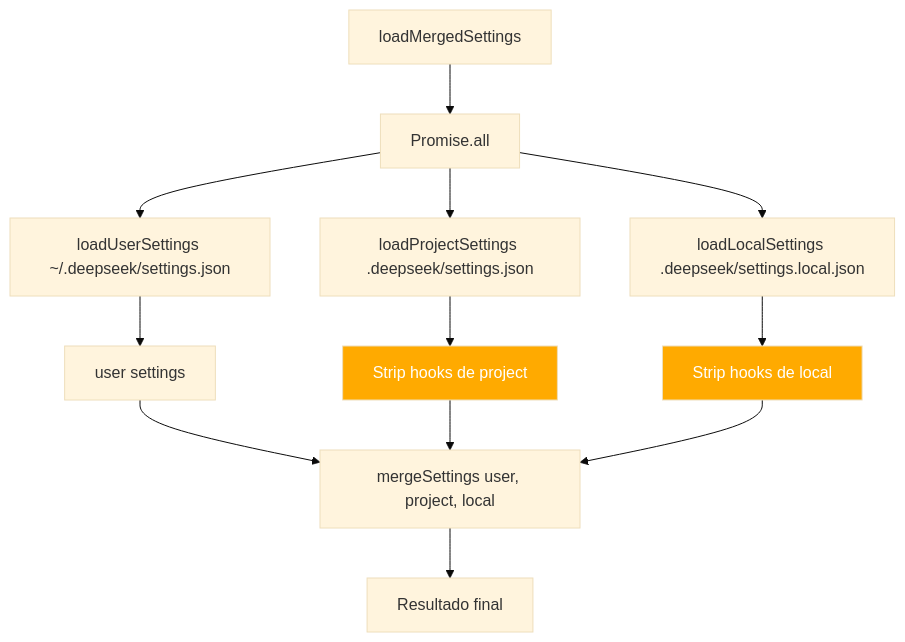
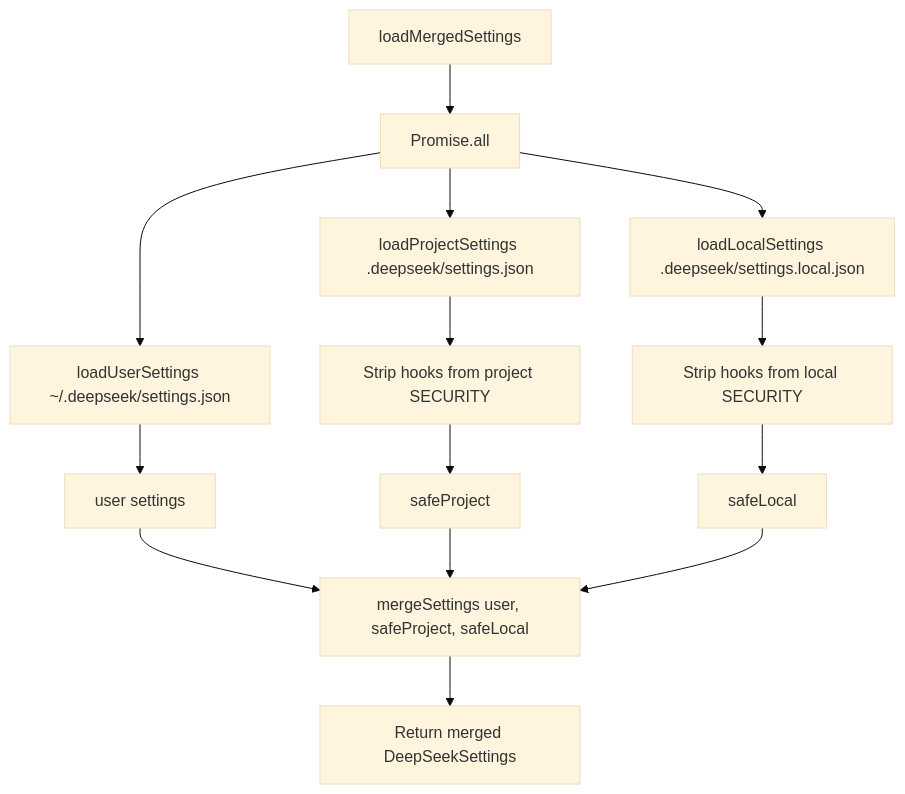
The first of 3 diagrams in _reversa_sdd/flowcharts/settings.md (Hermenics/deepseek-code), drawn with Mermaid (base theme) before and after one commit. The commit also changed other lines of this file and 75 other files, not shown here.

First line of the commit message:
docs(sdd): translate ADRs and architecture docs to English, reorganize proxy module

````diff
--- a/_reversa_sdd/flowcharts/settings.md
+++ b/_reversa_sdd/flowcharts/settings.md
@@ -5,17 +8,20 @@
 ```mermaid
 flowchart TD
     A[loadMergedSettings] --> B[Promise.all]
     B --> C[loadUserSettings ~/.deepseek/settings.json]
     B --> D[loadProjectSettings .deepseek/settings.json]
     B --> E[loadLocalSettings .deepseek/settings.local.json]
+    
     C --> F[user settings]
-    D --> G[Strip hooks de project]
-    E --> H[Strip hooks de local]
-    F --> I[mergeSettings user, project, local]
-    G --> I
-    H --> I
-    I --> J[Resultado final]
-
-    style G fill:#fa0,color:#fff
-    style H fill:#fa0,color:#fff
+    D --> G[Strip hooks from project SECURITY]
+    E --> H[Strip hooks from local SECURITY]
+    
+    G --> I[safeProject]
+    H --> J[safeLocal]
+    
+    F --> K[mergeSettings user, safeProject, safeLocal]
+    I --> K
+    J --> K
+    
+    K --> L[Return merged DeepSeekSettings]
 ```
````
